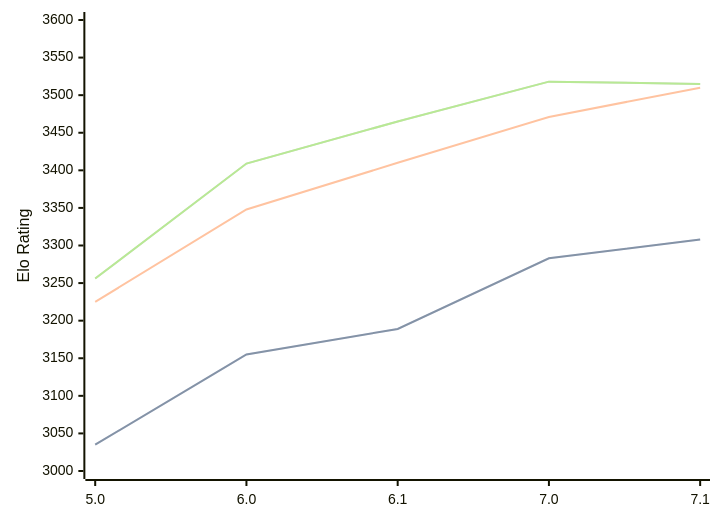
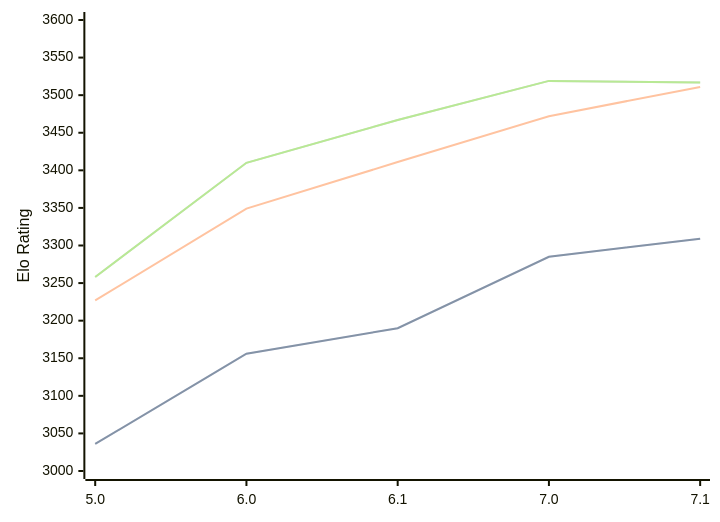
One commit to computer-chess-index/cci changed the diagram in engines/PZChessBot.md. Above: the diagram before and after it, drawn with Mermaid. The commit also changed other lines of this file, not shown here.

Commit message:
Update CCI Ratings (ELO VLTC) - 2026-08-15

````diff
--- a/engines/PZChessBot.md
+++ b/engines/PZChessBot.md
@@ -35,11 +35,11 @@
 ```mermaid
 %%{init: {"theme":"base","themeVariables":{"seriesColors:['#a3a3a3','#222221','#faa371']}}}%%
 xychart-beta
   x-axis ["5.0", "6.0", "6.1", "7.0", "7.1"]
   y-axis "Elo Rating" 3000 --> 3600
-  line "STC (8.0+0.08s)" [3035, 3155, 3189, 3283, 3308]
-  line "STC (8.0+0.08s)" [3035, 3155, 3189, 3283, 3308]
-  line "LTC (60.0+0.60s)" [3225, 3348, 3410, 3471, 3510]
-  line "VLTC (2m24s+1.12s)" [3256, 3409, 3465, 3518, 3515]
-  line "VLTC (2m24s+1.12s)" [3256, 3409, 3465, 3518, 3515]
+  line "STC (8.0+0.08s)" [3036, 3156, 3190, 3285, 3309]
+  line "STC (8.0+0.08s)" [3036, 3156, 3190, 3285, 3309]
+  line "LTC (60.0+0.60s)" [3227, 3349, 3411, 3472, 3511]
+  line "VLTC (2m24s+1.12s)" [3258, 3410, 3467, 3519, 3517]
+  line "VLTC (2m24s+1.12s)" [3258, 3410, 3467, 3519, 3517]
 ```
````
